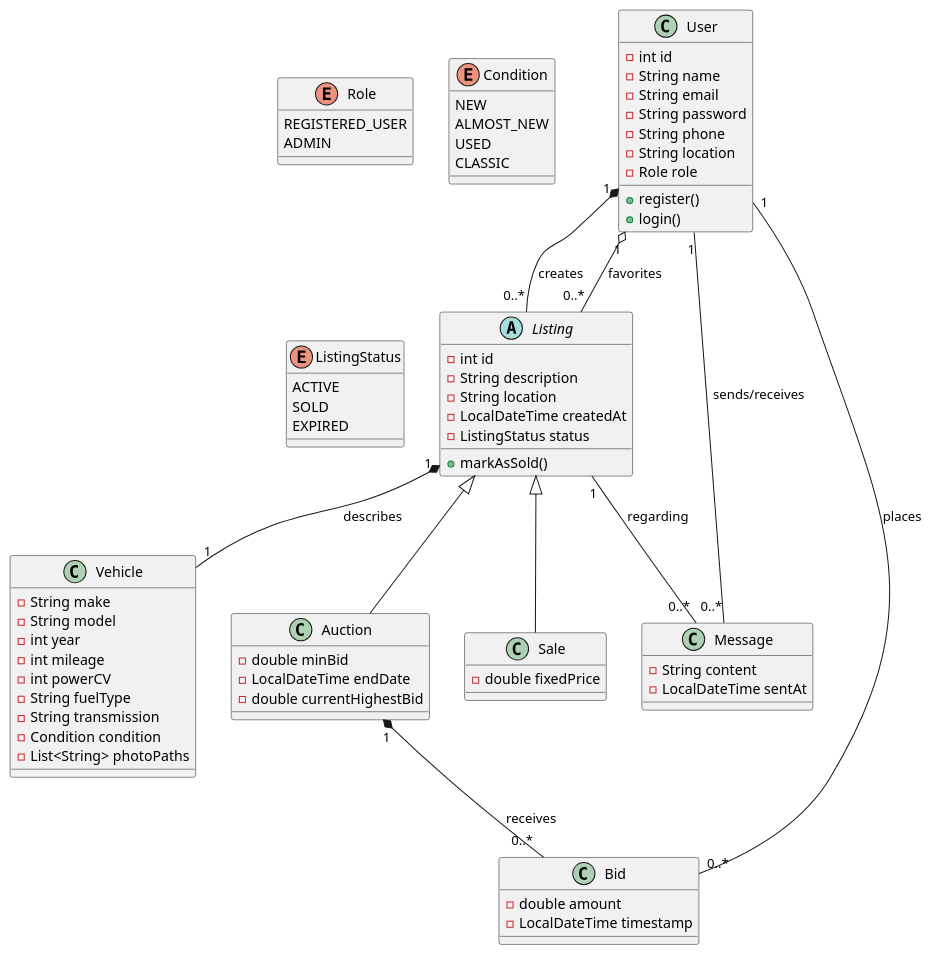
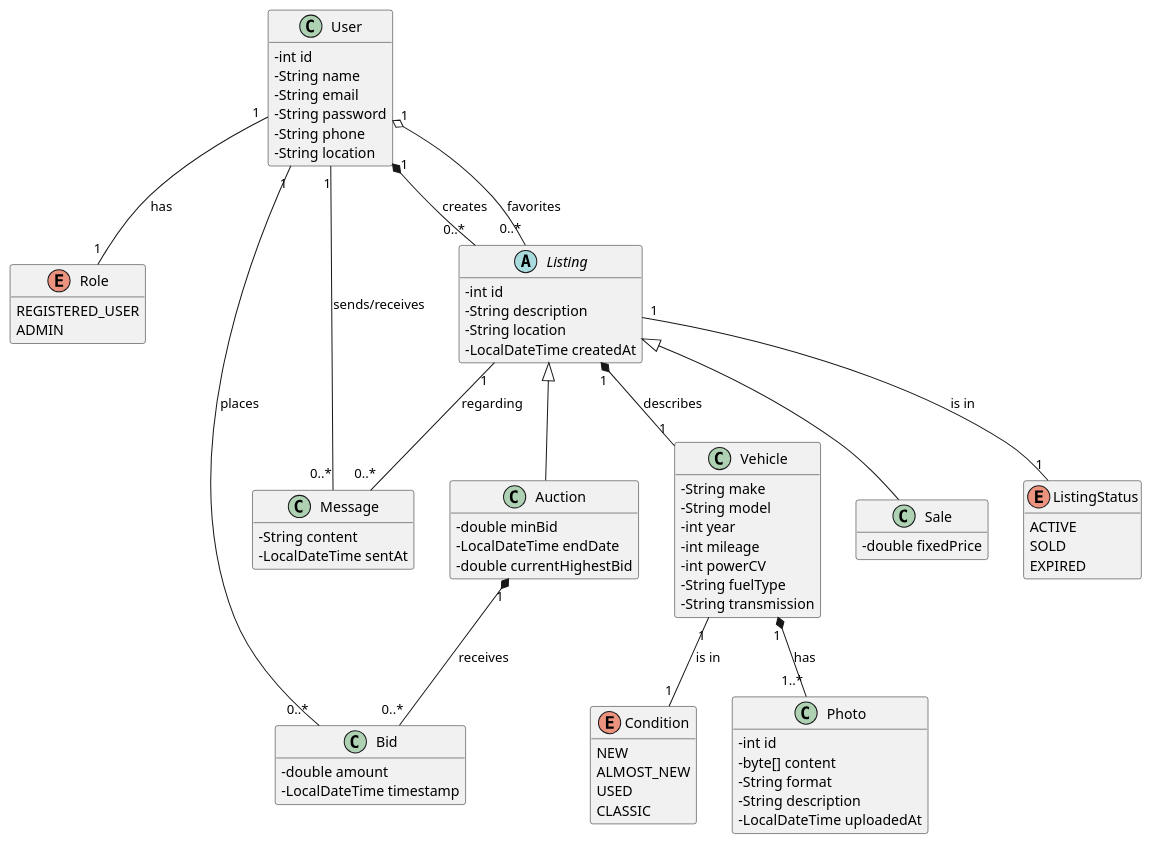
Before and after one commit to Borobil21/LezoProject: the diagram in docs/domainmodel.puml, drawn with PlantUML. The commit also changed 1 other file, not shown here.

```diff
--- a/docs/domainmodel.puml
+++ b/docs/domainmodel.puml
@@ -1,87 +1,97 @@
 @startuml PickAuto_Domain_Model
+
+skinparam classAttributeIconSize 0
+hide methods
 
 enum Role {
     REGISTERED_USER
     ADMIN
 }
 
 enum Condition {
     NEW
     ALMOST_NEW
     USED
     CLASSIC
 }
 
 enum ListingStatus {
     ACTIVE
     SOLD
     EXPIRED
 }
 
 class User {
     - int id
     - String name
     - String email
     - String password
     - String phone
     - String location
-    - Role role
-    + register()
-    + login()
 }
 
 class Vehicle {
     - String make
     - String model
     - int year
     - int mileage
     - int powerCV
     - String fuelType
     - String transmission
-    - Condition condition
-    - List<String> photoPaths
+}
+
+class Photo {
+    - int id
+    - byte[] content
+    - String format
+    - String description
+    - LocalDateTime uploadedAt
 }
 
 abstract class Listing {
     - int id
     - String description
     - String location
     - LocalDateTime createdAt
-    - ListingStatus status
-    + markAsSold()
 }
 
 class Sale {
     - double fixedPrice
 }
 
 class Auction {
     - double minBid
     - LocalDateTime endDate
     - double currentHighestBid
 }
 
 class Bid {
     - double amount
     - LocalDateTime timestamp
 }
 
 class Message {
     - String content
     - LocalDateTime sentAt
 }
 
 ' Relaciones
 User "1" *-- "0..*" Listing : creates
 User "1" o-- "0..*" Listing : favorites
 User "1" -- "0..*" Bid : places
 User "1" -- "0..*" Message : sends/receives
 
 Listing "1" *-- "1" Vehicle : describes
 Listing <|-- Sale
 Listing <|-- Auction
 Listing "1" -- "0..*" Message : regarding
 
 Auction "1" *-- "0..*" Bid : receives
 
+Vehicle "1" *-- "1..*" Photo : has
+
+User "1" -- "1" Role : has
+Vehicle "1" -- "1" Condition : is in
+Listing "1" -- "1" ListingStatus : is in
+
 @enduml
```
